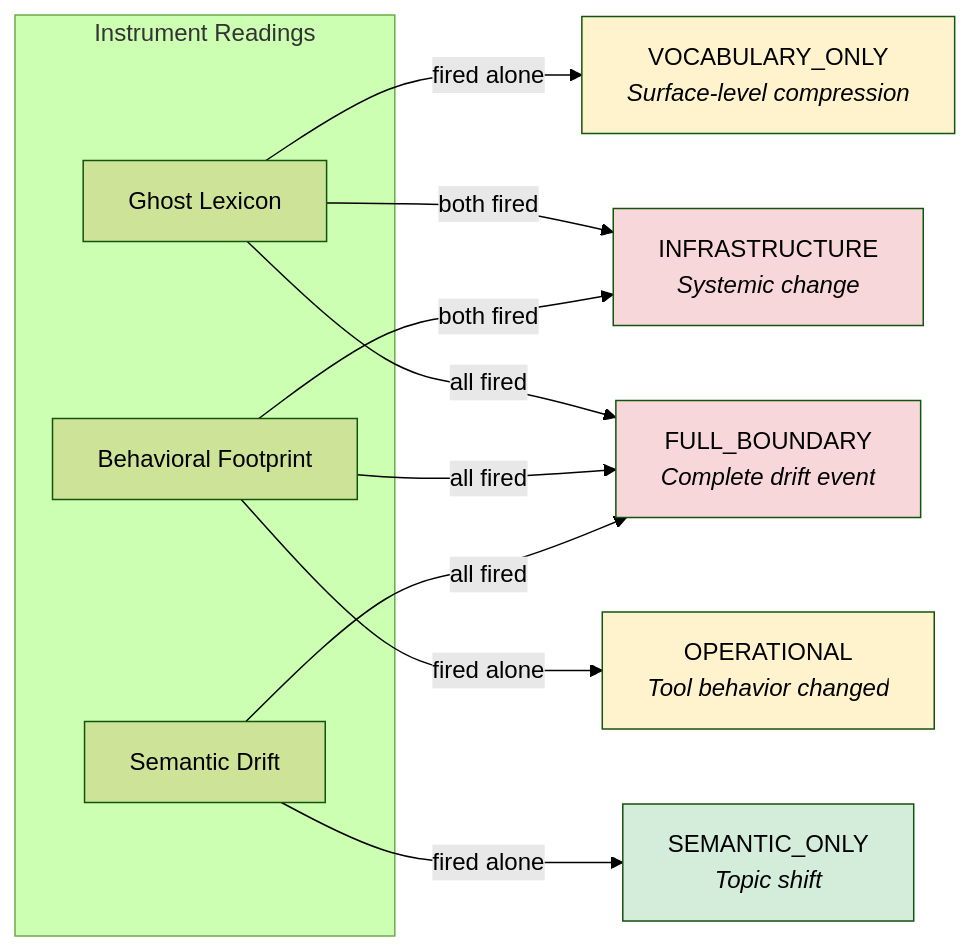
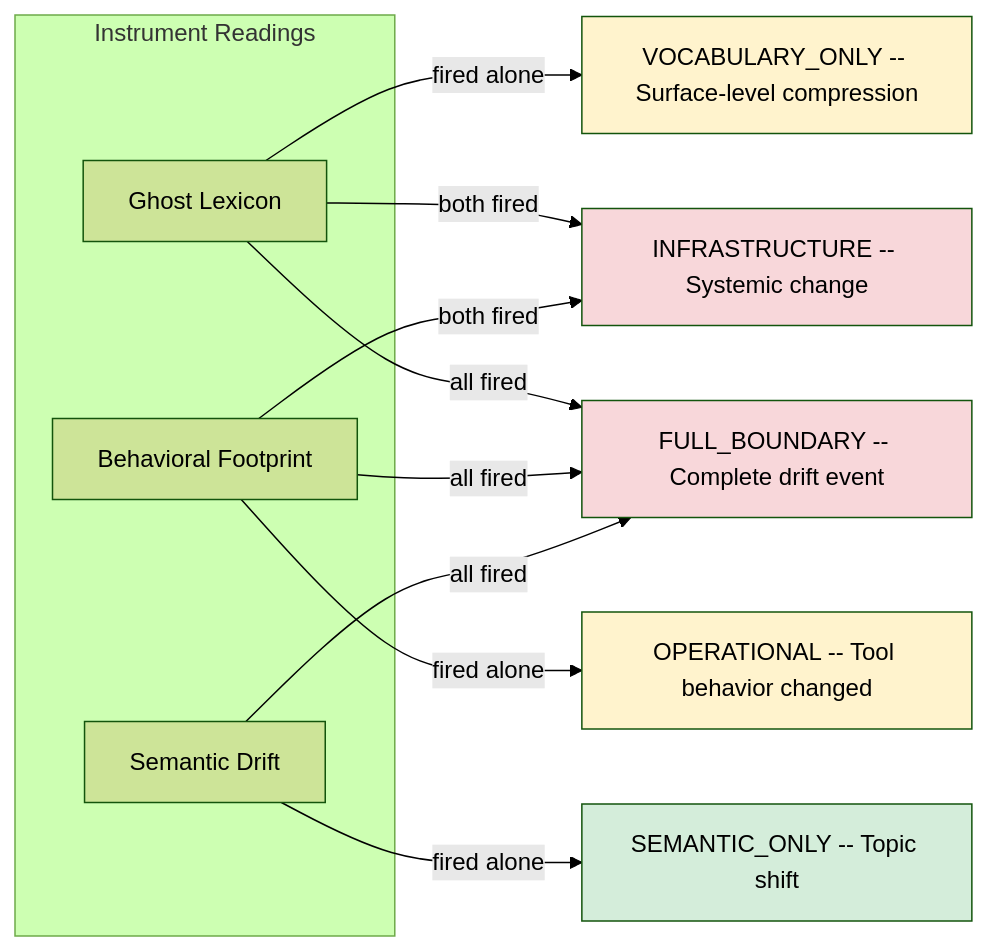
The second of 3 diagrams in README.md (elementalcollision/drift-monitor), drawn with Mermaid (forest theme) before and after one commit. The commit also changed other lines of this file, not shown here.

First line of the commit message:
Fix Mermaid diagrams for GitHub rendering

````diff
--- a/README.md
+++ b/README.md
@@ -104,21 +104,21 @@
 ```mermaid
 graph LR
     subgraph Instrument Readings
         GL[Ghost Lexicon]
         BF[Behavioral Footprint]
         SD[Semantic Drift]
     end
 
-    GL -->|fired alone| VOC[VOCABULARY_ONLY<br/><i>Surface-level compression</i>]
-    BF -->|fired alone| OPS[OPERATIONAL<br/><i>Tool behavior changed</i>]
-    SD -->|fired alone| SEM[SEMANTIC_ONLY<br/><i>Topic shift</i>]
+    GL -->|fired alone| VOC["VOCABULARY_ONLY -- Surface-level compression"]
+    BF -->|fired alone| OPS["OPERATIONAL -- Tool behavior changed"]
+    SD -->|fired alone| SEM["SEMANTIC_ONLY -- Topic shift"]
 
-    GL & BF -->|both fired| INFRA[INFRASTRUCTURE<br/><i>Systemic change</i>]
-    GL & BF & SD -->|all fired| FULL[FULL_BOUNDARY<br/><i>Complete drift event</i>]
+    GL & BF -->|both fired| INFRA["INFRASTRUCTURE -- Systemic change"]
+    GL & BF & SD -->|all fired| FULL["FULL_BOUNDARY -- Complete drift event"]
 
     style FULL fill:#f8d7da
     style VOC fill:#fff3cd
     style OPS fill:#fff3cd
     style SEM fill:#d4edda
     style INFRA fill:#f8d7da
 ```
````
